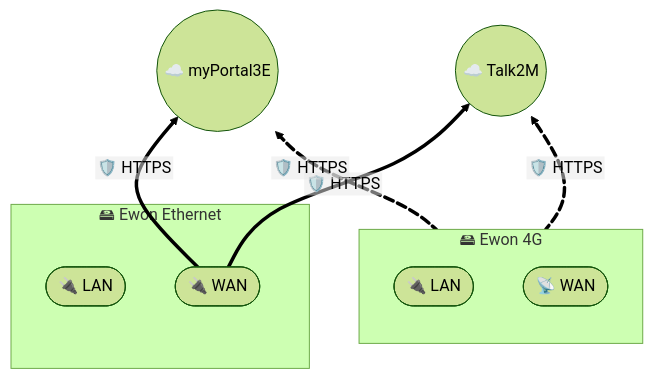
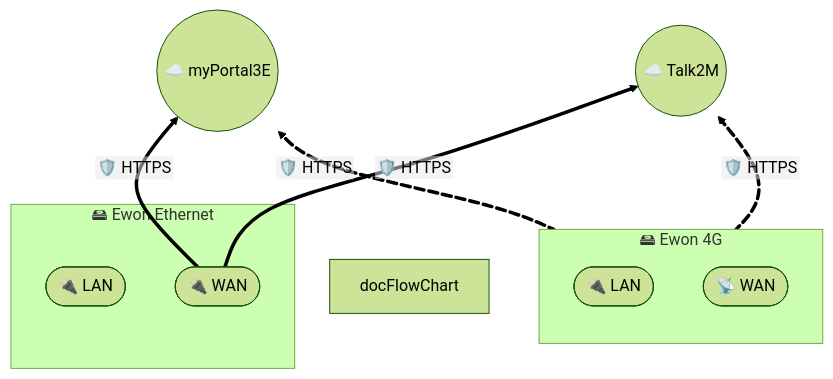
The fifth of 5 diagrams in templates/generic-arch-template.md (JohannPx/network-architectures), drawn with Mermaid (forest theme) before and after one commit.

Commit message:
flowchart link in generic arch

````diff
--- a/templates/generic-arch-template.md
+++ b/templates/generic-arch-template.md
@@ -55,27 +55,32 @@
 ```mermaid
 ---
 config:
   flowchart:
     htmlLabels: false
 ---
 flowchart BT
+
+    docFlowChart
+    click docFlowChart "https://docs.mermaidchart.com/mermaid-oss/syntax/flowchart.html"
+
     subgraph ewonEth [🖴 Ewon Ethernet]
         ewonLan([🔌 LAN])
         ewonWan([🔌 WAN])
     end
 
     subgraph ewon4G [🖴 Ewon 4G]
         ewonLan2([🔌 LAN])
         ewonModem([📡 WAN])
     end
 
     ewonWan & ewon4G e1@== 🛡️ HTTPS ==> myPortal3E((☁️ myPortal3E))
     ewonWan & ewon4G e2@== 🛡️ HTTPS ==> Talk2M((☁️ Talk2M))
 
     e1@{ animation: fast }
     e2@{ animation: fast }
 
+
     %% click myPortal3E callback "Tooltip"
     click myPortal3E "https://v2.myclauger.com/" "This is a tooltip for a link"
     
 ```
````
